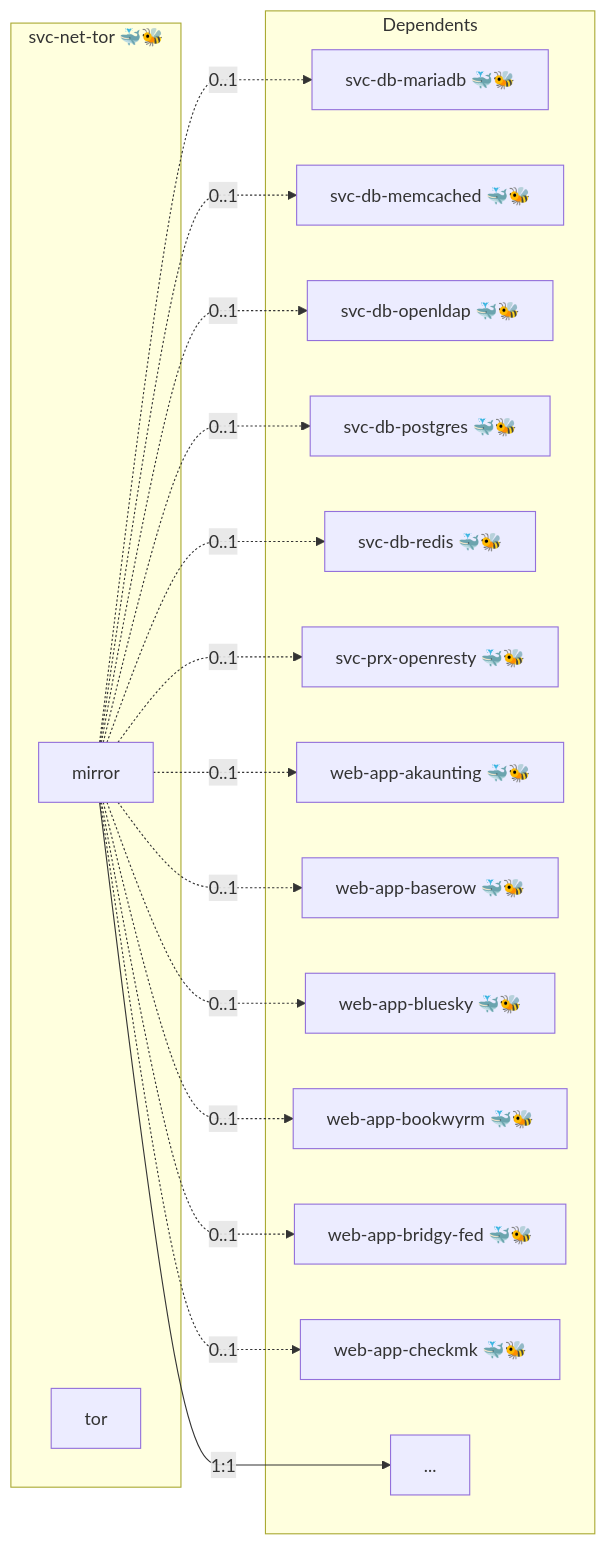
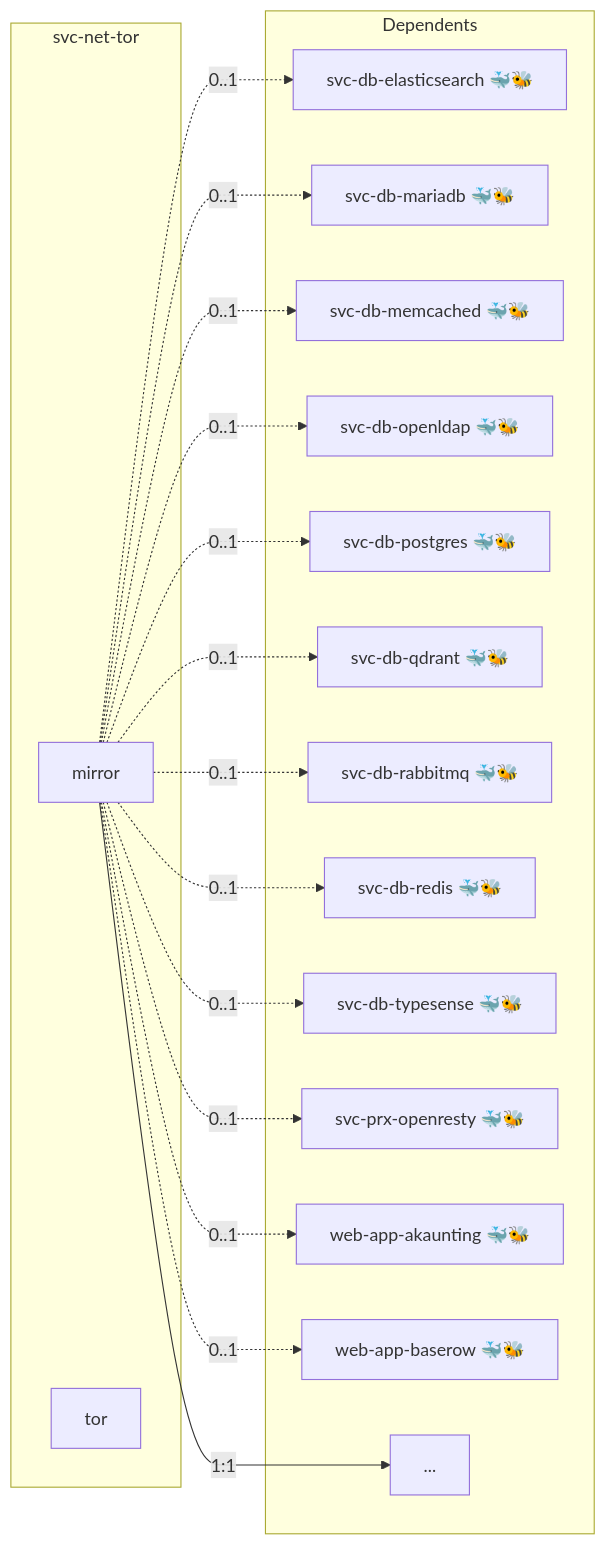
Before and after one commit to infinito-nexus/core: the diagram in roles/svc-net-tor/README.md, drawn with Mermaid. The commit also changed 6 other files, not shown here.

First line of the commit message:
fix(svc-net-tor): run the node onion natively in swarm

````diff
--- a/roles/svc-net-tor/README.md
+++ b/roles/svc-net-tor/README.md
@@ -17,35 +17,35 @@
 ```mermaid
 flowchart LR
-    subgraph role [svc-net-tor 🐳🐝]
+    subgraph role [svc-net-tor]
         svc_mirror["mirror"]
         svc_tor["tor"]
     end
     subgraph dependents [Dependents]
+        dpt_svc_db_elasticsearch["svc-db-elasticsearch 🐳🐝"]
         dpt_svc_db_mariadb["svc-db-mariadb 🐳🐝"]
         dpt_svc_db_memcached["svc-db-memcached 🐳🐝"]
         dpt_svc_db_openldap["svc-db-openldap 🐳🐝"]
         dpt_svc_db_postgres["svc-db-postgres 🐳🐝"]
+        dpt_svc_db_qdrant["svc-db-qdrant 🐳🐝"]
+        dpt_svc_db_rabbitmq["svc-db-rabbitmq 🐳🐝"]
         dpt_svc_db_redis["svc-db-redis 🐳🐝"]
+        dpt_svc_db_typesense["svc-db-typesense 🐳🐝"]
         dpt_svc_prx_openresty["svc-prx-openresty 🐳🐝"]
         dpt_web_app_akaunting["web-app-akaunting 🐳🐝"]
         dpt_web_app_baserow["web-app-baserow 🐳🐝"]
-        dpt_web_app_bluesky["web-app-bluesky 🐳🐝"]
-        dpt_web_app_bookwyrm["web-app-bookwyrm 🐳🐝"]
-        dpt_web_app_bridgy_fed["web-app-bridgy-fed 🐳🐝"]
-        dpt_web_app_checkmk["web-app-checkmk 🐳🐝"]
         dpt_more["..."]
     end
     svc_mirror -- "1:1" --> dpt_more
+    svc_mirror -. "0..1" .-> dpt_svc_db_elasticsearch
     svc_mirror -. "0..1" .-> dpt_svc_db_mariadb
     svc_mirror -. "0..1" .-> dpt_svc_db_memcached
     svc_mirror -. "0..1" .-> dpt_svc_db_openldap
     svc_mirror -. "0..1" .-> dpt_svc_db_postgres
+    svc_mirror -. "0..1" .-> dpt_svc_db_qdrant
+    svc_mirror -. "0..1" .-> dpt_svc_db_rabbitmq
     svc_mirror -. "0..1" .-> dpt_svc_db_redis
+    svc_mirror -. "0..1" .-> dpt_svc_db_typesense
     svc_mirror -. "0..1" .-> dpt_svc_prx_openresty
     svc_mirror -. "0..1" .-> dpt_web_app_akaunting
     svc_mirror -. "0..1" .-> dpt_web_app_baserow
-    svc_mirror -. "0..1" .-> dpt_web_app_bluesky
-    svc_mirror -. "0..1" .-> dpt_web_app_bookwyrm
-    svc_mirror -. "0..1" .-> dpt_web_app_bridgy_fed
-    svc_mirror -. "0..1" .-> dpt_web_app_checkmk
 ```
````
